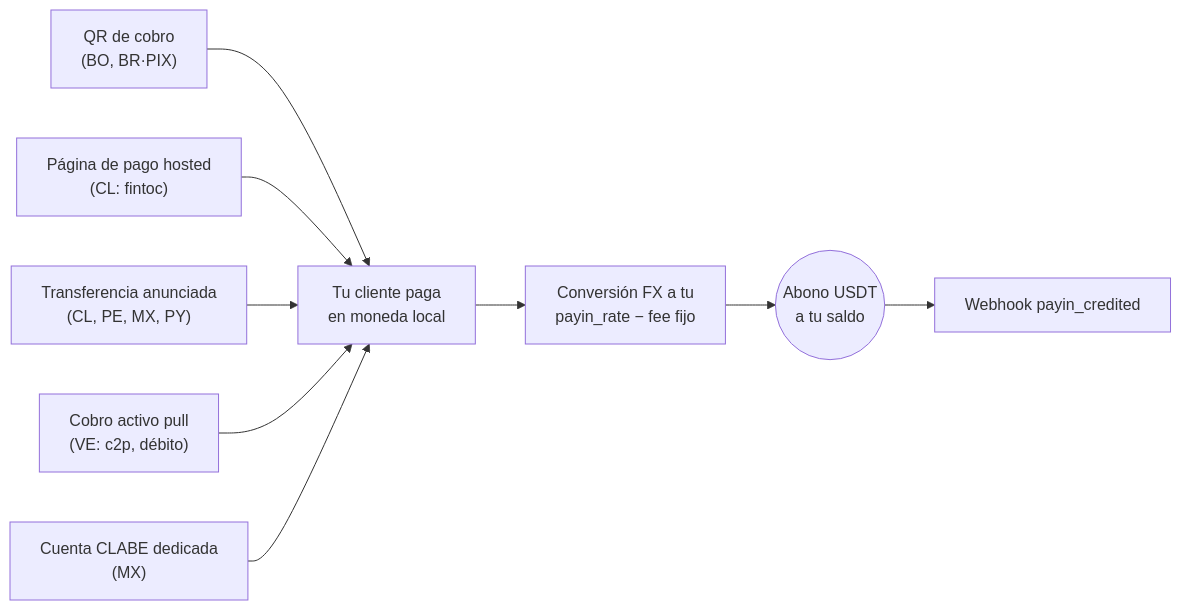
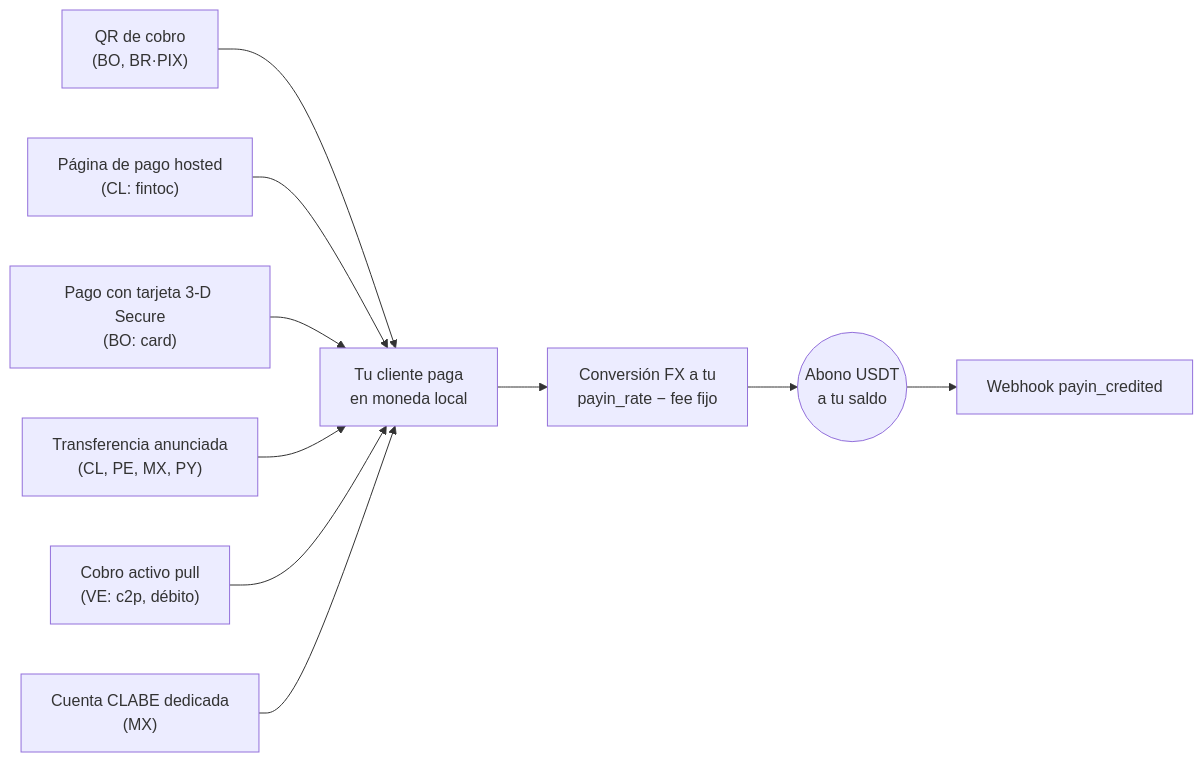
One commit to SaturoS17/docs changed the diagram in es/guias/payins.mdx. Above: the diagram before and after it, drawn with Mermaid. The commit also changed other lines of this file and 13 other files, not shown here.

First line of the commit message:
docs: card payments (method card, BO) — hosted checkout with 3-D Secure

````diff
--- a/es/guias/payins.mdx
+++ b/es/guias/payins.mdx
@@ -15,11 +15,12 @@
 ```mermaid
 flowchart LR
     qr["QR de cobro<br/>(BO, BR·PIX)"] --> pago["Tu cliente paga<br/>en moneda local"]
     hosted["Página de pago hosted<br/>(CL: fintoc)"] --> pago
+    card["Pago con tarjeta 3-D Secure<br/>(BO: card)"] --> pago
     anunciada["Transferencia anunciada<br/>(CL, PE, MX, PY)"] --> pago
     pull["Cobro activo pull<br/>(VE: c2p, débito)"] --> pago
     clabe["Cuenta CLABE dedicada<br/>(MX)"] --> pago
     pago --> conv["Conversión FX a tu<br/>payin_rate − fee fijo"]
     conv --> credito(("Abono USDT<br/>a tu saldo"))
     credito --> wh["Webhook payin_credited"]
 ```
````
